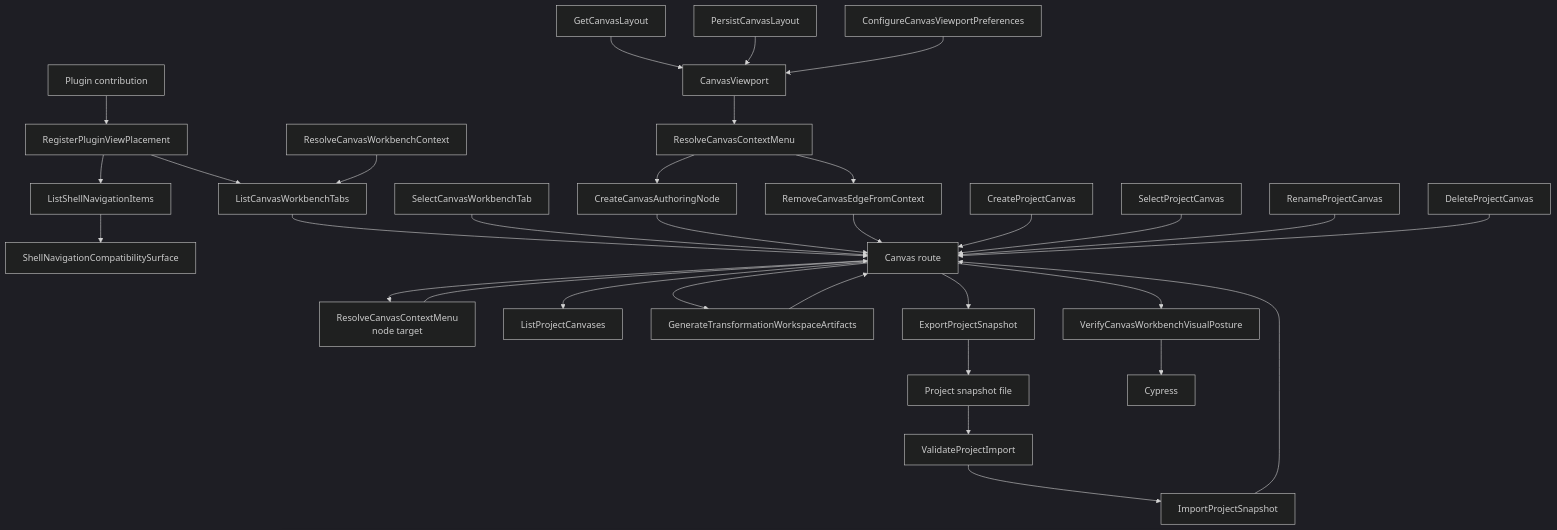
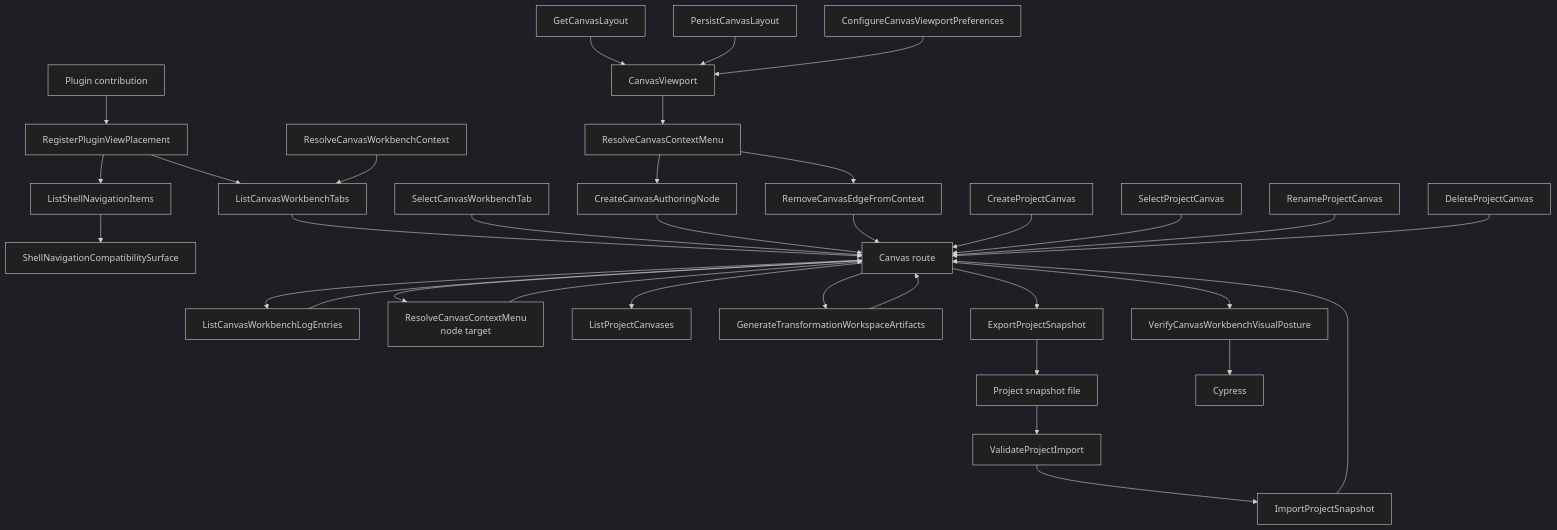
The diagram in docs/architecture/components/web/graph/canvas-workbench-command-query-catalog.md (dunay2/dvt), drawn with Mermaid (dark theme) before and after one commit. The commit also changed other lines of this file and 22 other files, not shown here.

Commit message:
feat(web): Add Canvas workbench log tab

````diff
--- a/docs/architecture/components/web/graph/canvas-workbench-command-query-catalog.md
+++ b/docs/architecture/components/web/graph/canvas-workbench-command-query-catalog.md
@@ -173,63 +176,66 @@
 ```mermaid
 flowchart TD
   Plugin["Plugin contribution"]
   Placement["RegisterPluginViewPlacement"]
   ShellQuery["ListShellNavigationItems"]
   CanvasQuery["ListCanvasWorkbenchTabs"]
+  LogQuery["ListCanvasWorkbenchLogEntries"]
   CanvasContext["ResolveCanvasWorkbenchContext"]
   SelectTab["SelectCanvasWorkbenchTab"]
   LayoutQuery["GetCanvasLayout"]
   LayoutCommand["PersistCanvasLayout"]
   Prefs["ConfigureCanvasViewportPreferences"]
   ContextMenu["ResolveCanvasContextMenu"]
   NodeMenu["ResolveCanvasContextMenu<br>node target"]
   CreateNode["CreateCanvasAuthoringNode"]
   RemoveEdge["RemoveCanvasEdgeFromContext"]
   CanvasList["ListProjectCanvases"]
   CanvasCreate["CreateProjectCanvas"]
   CanvasSelect["SelectProjectCanvas"]
   CanvasRename["RenameProjectCanvas"]
   CanvasDelete["DeleteProjectCanvas"]
   GenerateTransformation["GenerateTransformationWorkspaceArtifacts"]
   ExportSnapshot["ExportProjectSnapshot"]
   ValidateImport["ValidateProjectImport"]
   ImportSnapshot["ImportProjectSnapshot"]
   VisualProof["VerifyCanvasWorkbenchVisualPosture"]
   Shell["ShellNavigationCompatibilitySurface"]
   Canvas["Canvas route"]
   Viewport["CanvasViewport"]
   File["Project snapshot file"]
   Cypress["Cypress"]
 
   Plugin --> Placement
   Placement --> ShellQuery
   Placement --> CanvasQuery
   ShellQuery --> Shell
   CanvasContext --> CanvasQuery
   CanvasQuery --> Canvas
+  Canvas --> LogQuery
+  LogQuery --> Canvas
   SelectTab --> Canvas
   LayoutQuery --> Viewport
   LayoutCommand --> Viewport
   Prefs --> Viewport
   Viewport --> ContextMenu
   Canvas --> NodeMenu
   ContextMenu --> CreateNode
   ContextMenu --> RemoveEdge
   NodeMenu --> Canvas
   CreateNode --> Canvas
   RemoveEdge --> Canvas
   Canvas --> CanvasList
   CanvasCreate --> Canvas
   CanvasSelect --> Canvas
   CanvasRename --> Canvas
   CanvasDelete --> Canvas
   Canvas --> GenerateTransformation
   GenerateTransformation --> Canvas
   Canvas --> ExportSnapshot
   ExportSnapshot --> File
   File --> ValidateImport
   ValidateImport --> ImportSnapshot
   ImportSnapshot --> Canvas
   Canvas --> VisualProof
   VisualProof --> Cypress
 ```
````
